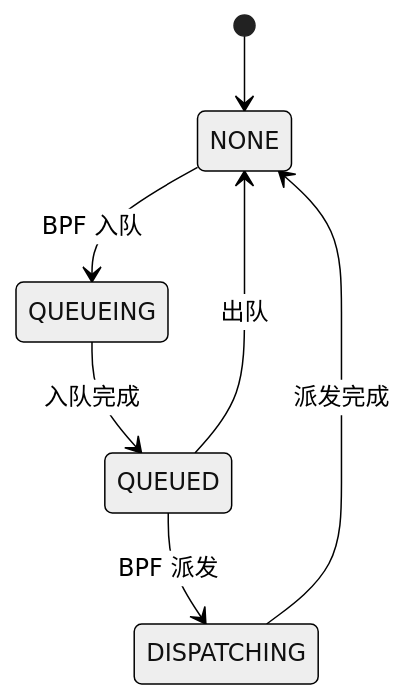
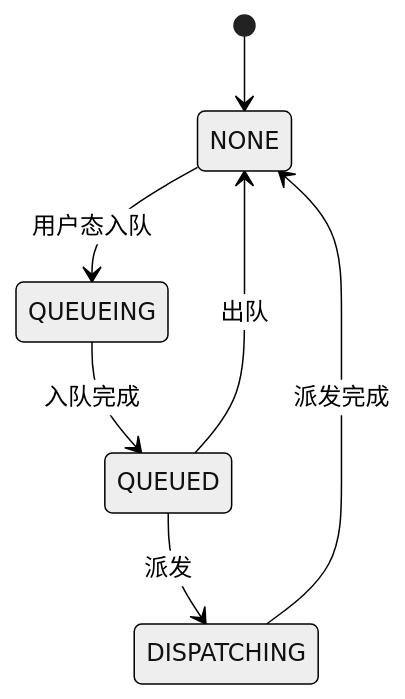
The fourth of 6 diagrams in AirymaxOS/40-dataflows/04-scheduling-flow.md (openairymax/docs), drawn with Mermaid (neutral theme) before and after one commit. The commit also changed other lines of this file and 115 other files, not shown here.

````diff
--- a/AirymaxOS/40-dataflows/04-scheduling-flow.md
+++ b/AirymaxOS/40-dataflows/04-scheduling-flow.md
@@ -470,9 +494,9 @@
 ```mermaid
 stateDiagram-v2
     [*] --> NONE
-    NONE --> QUEUEING: BPF 入队
+    NONE --> QUEUEING: 用户态入队
     QUEUEING --> QUEUED: 入队完成
-    QUEUED --> DISPATCHING: BPF 派发
+    QUEUED --> DISPATCHING: 派发
     DISPATCHING --> NONE: 派发完成
     QUEUED --> NONE: 出队
 ```
````
